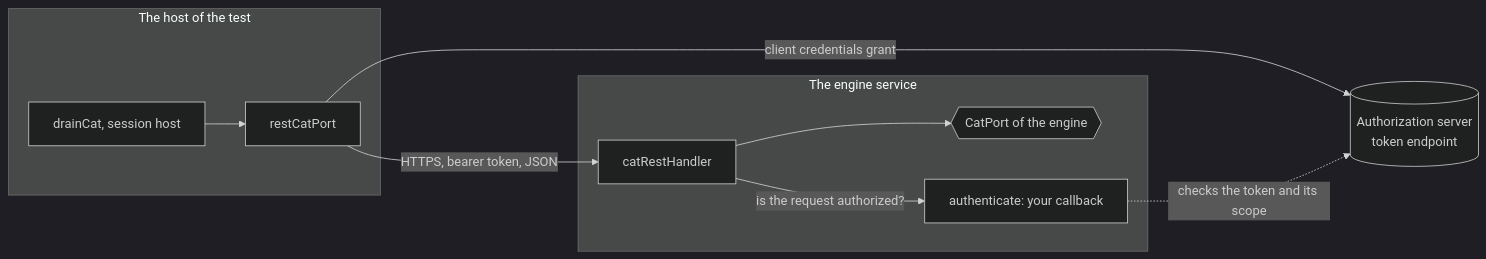
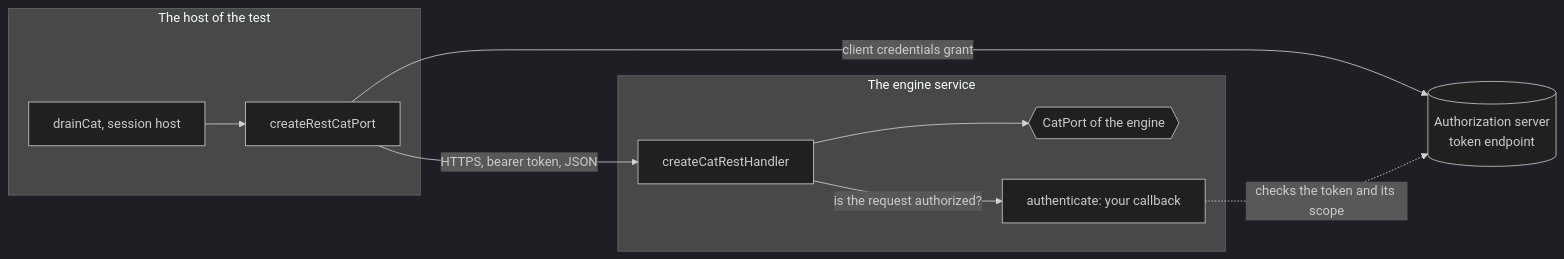
Before and after one commit to assesskit/assesskit: the fifth of 6 diagrams in docs/player/cat.md, drawn with Mermaid (dark theme). The commit also changed other lines of this file and 15 other files, not shown here.

Commit message:
Name the factories of cat-rest with a verb: createCatRestHandler and createRestCatPort

````diff
--- a/docs/player/cat.md
+++ b/docs/player/cat.md
@@ -260,15 +260,15 @@
 ```mermaid
 flowchart LR
   subgraph delivery["The host of the test"]
-    drain["drainCat, session host"] --> client["restCatPort"]
+    drain["drainCat, session host"] --> client["createRestCatPort"]
   end
   subgraph engineSide["The engine service"]
-    handler["catRestHandler"] --> engine{{"CatPort of the engine"}}
+    handler["createCatRestHandler"] --> engine{{"CatPort of the engine"}}
     auth["authenticate: your callback"]
   end
   as[("Authorization server<br/>token endpoint")]
   client -->|"client credentials grant"| as
   client -->|"HTTPS, bearer token, JSON"| handler
   handler -->|"is the request authorized?"| auth
   auth -.->|"checks the token and its scope"| as
 ```
````
